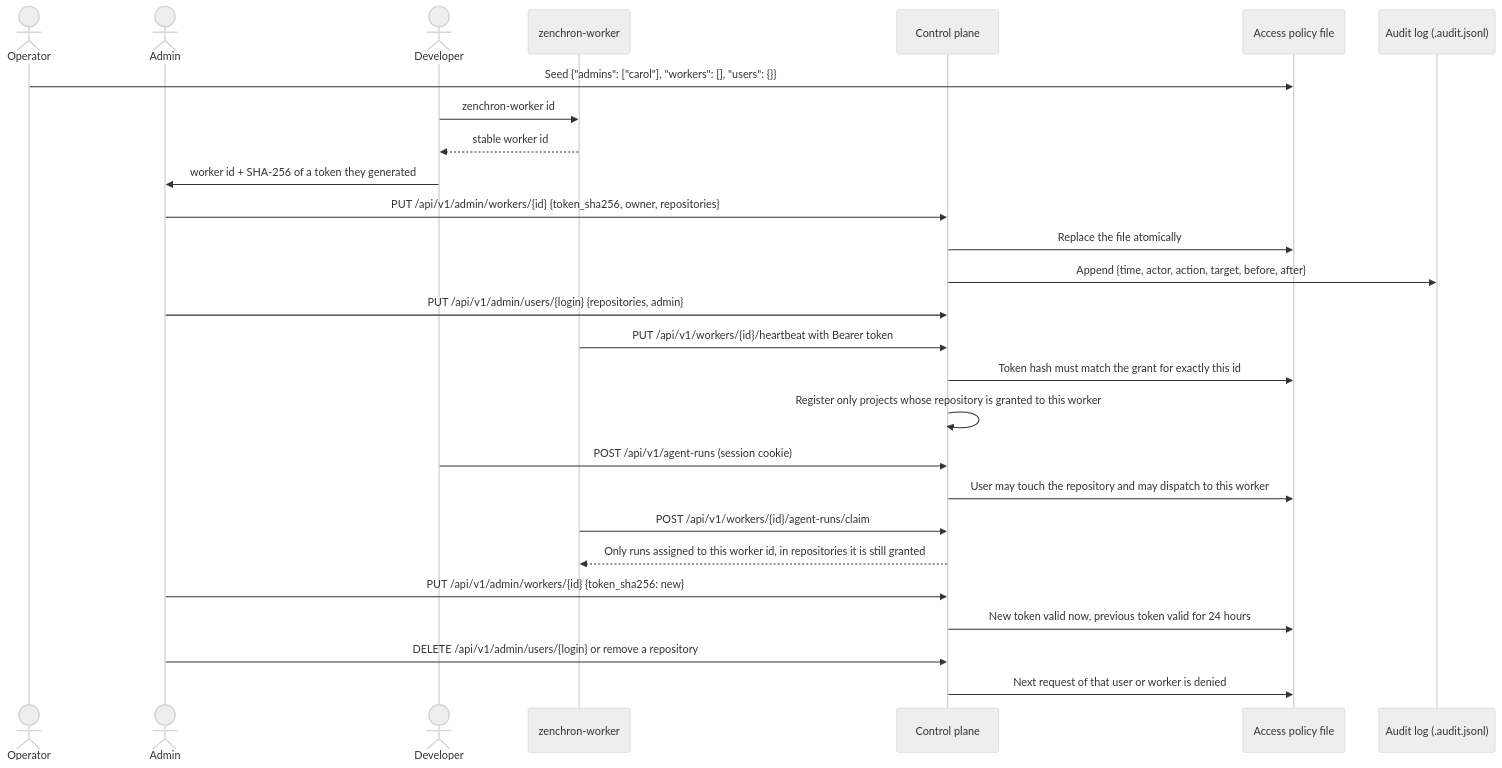
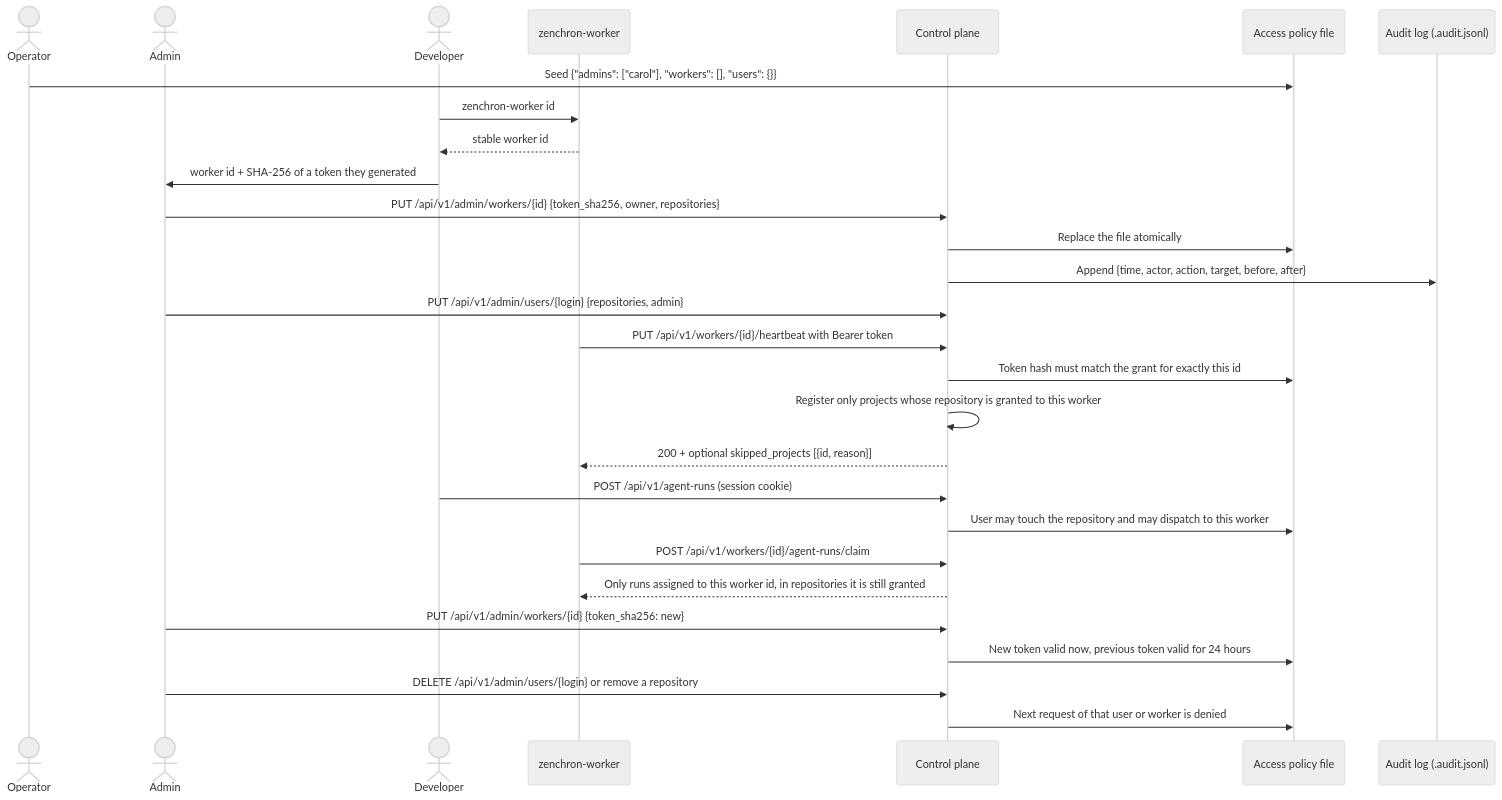
The first of 2 diagrams in docs/features/worker-enrollment-and-project-access.md (bogdaniel/zenchron-engineering-os), drawn with Mermaid (neutral theme) before and after one commit. The commit also changed other lines of this file and 9 other files, not shown here.

````diff
--- a/docs/features/worker-enrollment-and-project-access.md
+++ b/docs/features/worker-enrollment-and-project-access.md
@@ -10,29 +10,30 @@
 ```mermaid
 sequenceDiagram
   actor Operator
   actor Admin
   actor Developer
   participant Worker as zenchron-worker
   participant API as Control plane
   participant Policy as Access policy file
   participant Audit as Audit log (.audit.jsonl)
   Operator->>Policy: Seed {"admins": ["carol"], "workers": [], "users": {}}
   Developer->>Worker: zenchron-worker id
   Worker-->>Developer: stable worker id
   Developer->>Admin: worker id + SHA-256 of a token they generated
   Admin->>API: PUT /api/v1/admin/workers/{id} {token_sha256, owner, repositories}
   API->>Policy: Replace the file atomically
   API->>Audit: Append {time, actor, action, target, before, after}
   Admin->>API: PUT /api/v1/admin/users/{login} {repositories, admin}
   Worker->>API: PUT /api/v1/workers/{id}/heartbeat with Bearer token
   API->>Policy: Token hash must match the grant for exactly this id
   API->>API: Register only projects whose repository is granted to this worker
+  API-->>Worker: 200 + optional skipped_projects [{id, reason}]
   Developer->>API: POST /api/v1/agent-runs (session cookie)
   API->>Policy: User may touch the repository and may dispatch to this worker
   Worker->>API: POST /api/v1/workers/{id}/agent-runs/claim
   API-->>Worker: Only runs assigned to this worker id, in repositories it is still granted
   Admin->>API: PUT /api/v1/admin/workers/{id} {token_sha256: new}
   API->>Policy: New token valid now, previous token valid for 24 hours
   Admin->>API: DELETE /api/v1/admin/users/{login} or remove a repository
   API->>Policy: Next request of that user or worker is denied
 ```
````
